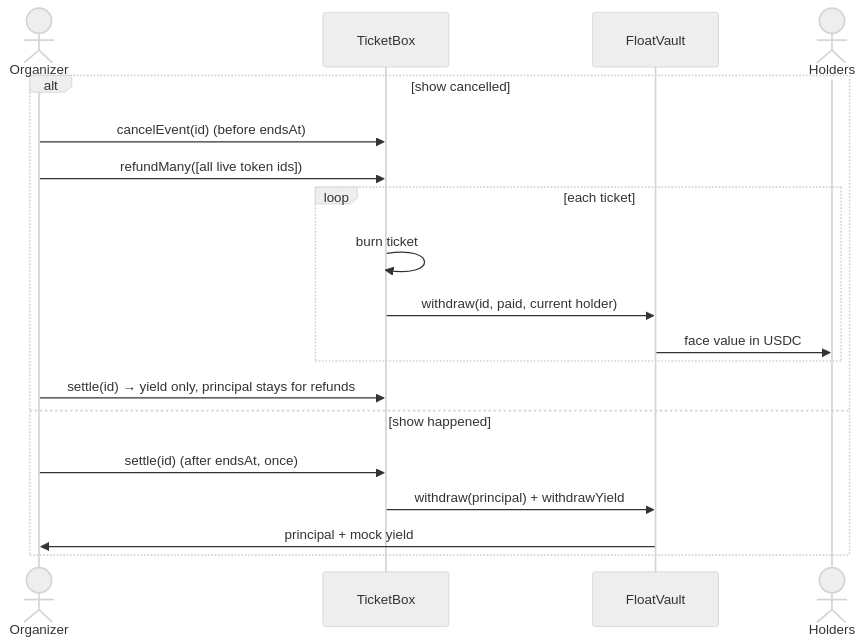
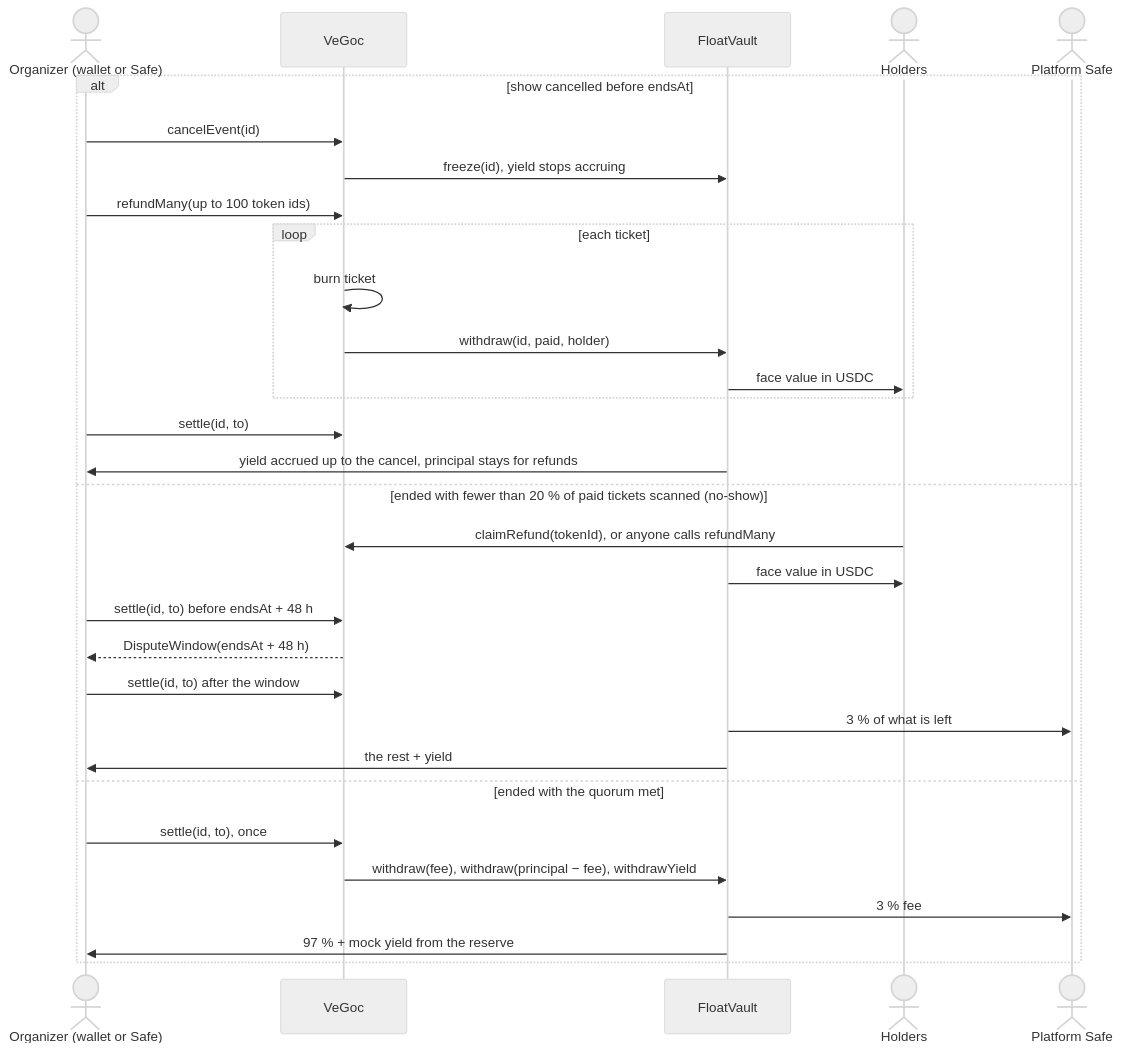
The fourth of 7 diagrams in docs/ARCHITECTURE.md (buiPhongGiang/ticketing), drawn with Mermaid (neutral theme) before and after one commit. The commit also changed other lines of this file and 8 other files, not shown here.

First line of the commit message:
docs: README, architecture and demo beats for the VeGoc deployment; Fuji media

````diff
--- a/docs/ARCHITECTURE.md
+++ b/docs/ARCHITECTURE.md
@@ -93,21 +119,33 @@
 ```mermaid
 sequenceDiagram
-  actor O as Organizer
-  participant T as TicketBox
+  actor O as Organizer (wallet or Safe)
+  participant T as VeGoc
   participant V as FloatVault
   actor H as Holders
-  alt show cancelled
-    O->>T: cancelEvent(id)  (before endsAt)
-    O->>T: refundMany([all live token ids])
+  actor P as Platform Safe
+  alt show cancelled before endsAt
+    O->>T: cancelEvent(id)
+    T->>V: freeze(id), yield stops accruing
+    O->>T: refundMany(up to 100 token ids)
     loop each ticket
       T->>T: burn ticket
-      T->>V: withdraw(id, paid, current holder)
+      T->>V: withdraw(id, paid, holder)
       V->>H: face value in USDC
     end
-    O->>T: settle(id)  → yield only, principal stays for refunds
-  else show happened
-    O->>T: settle(id)  (after endsAt, once)
-    T->>V: withdraw(principal) + withdrawYield
-    V->>O: principal + mock yield
+    O->>T: settle(id, to)
+    V->>O: yield accrued up to the cancel, principal stays for refunds
+  else ended with fewer than 20 % of paid tickets scanned (no-show)
+    H->>T: claimRefund(tokenId), or anyone calls refundMany
+    V->>H: face value in USDC
+    O->>T: settle(id, to) before endsAt + 48 h
+    T-->>O: DisputeWindow(endsAt + 48 h)
+    O->>T: settle(id, to) after the window
+    V->>P: 3 % of what is left
+    V->>O: the rest + yield
+  else ended with the quorum met
+    O->>T: settle(id, to), once
+    T->>V: withdraw(fee), withdraw(principal − fee), withdrawYield
+    V->>P: 3 % fee
+    V->>O: 97 % + mock yield from the reserve
   end
 ```
````
